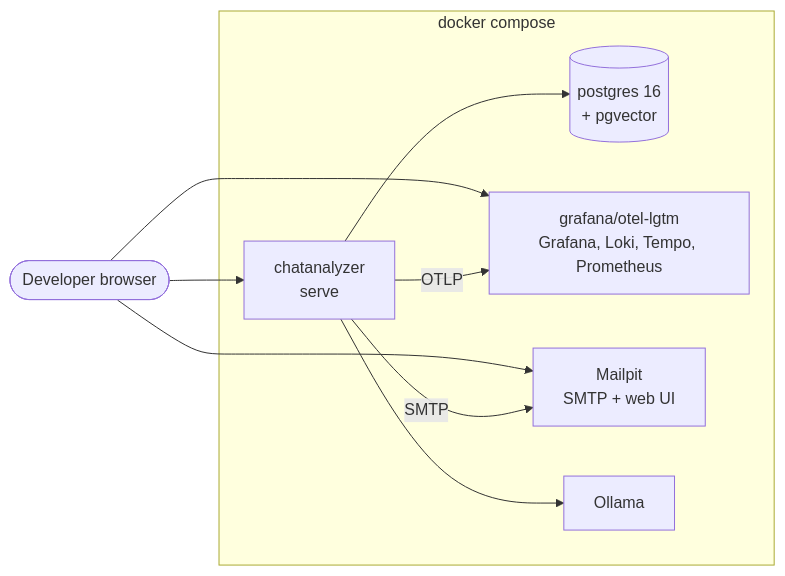
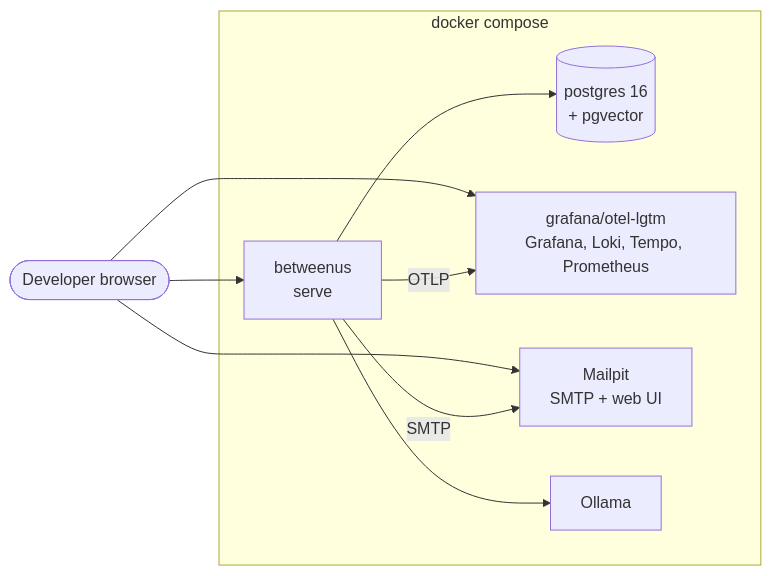
Before and after one commit to KshitijV97/between-us: diagram 13 of 14 in docs/02-architecture.md, drawn with Mermaid. The commit also changed other lines of this file and 70 other files, not shown here.

````diff
--- a/docs/02-architecture.md
+++ b/docs/02-architecture.md
@@ -670,17 +670,17 @@
 ```mermaid
 flowchart LR
     subgraph Compose["docker compose"]
-        app["chatanalyzer<br/>serve"]
+        app["betweenus<br/>serve"]
         pg[("postgres 16<br/>+ pgvector")]
         lgtm["grafana/otel-lgtm<br/>Grafana, Loki, Tempo, Prometheus"]
         mp["Mailpit<br/>SMTP + web UI"]
         ol["Ollama"]
     end
     dev(["Developer browser"]) --> app
     dev --> lgtm
     dev --> mp
     app --> pg
     app -->|"OTLP"| lgtm
     app -->|"SMTP"| mp
     app --> ol
 ```
````
